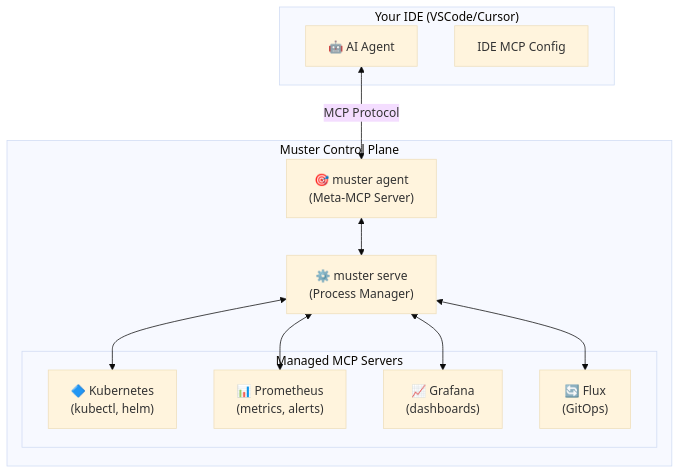
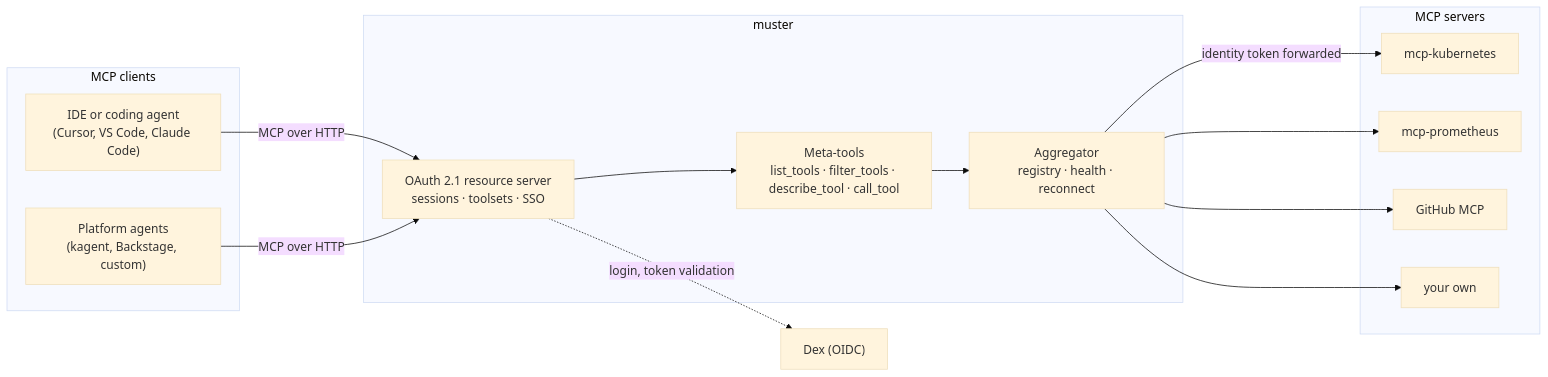
One commit to giantswarm/muster changed the diagram in README.md. Above: the diagram before and after it, drawn with Mermaid (base theme). The commit also changed other lines of this file and 129 other files, not shown here.

````diff
--- a/README.md
+++ b/README.md
@@ -38,26 +59,31 @@
 ```mermaid
-graph TD
-    subgraph "Your IDE (VSCode/Cursor)"
-        Agent["🤖 AI Agent"]
-        IDE["IDE MCP Config"]
+flowchart LR
+    subgraph clients [MCP clients]
+        IDE["IDE or coding agent<br/>(Cursor, VS Code, Claude Code)"]
+        Agent["Platform agents<br/>(kagent, Backstage, custom)"]
     end
 
-    subgraph "Muster Control Plane"
-        MusterAgent["🎯 muster agent<br/>(Meta-MCP Server)"]
-        MusterServe["⚙️ muster serve<br/>(Process Manager)"]
-
-        subgraph "Managed MCP Servers"
-            K8s["🔷 Kubernetes<br/>(kubectl, helm)"]
-            Prom["📊 Prometheus<br/>(metrics, alerts)"]
-            Grafana["📈 Grafana<br/>(dashboards)"]
-            Flux["🔄 Flux<br/>(GitOps)"]
-        end
+    subgraph muster [muster]
+        Meta["Meta-tools<br/>list_tools · filter_tools · describe_tool · call_tool"]
+        Auth["OAuth 2.1 resource server<br/>sessions · toolsets · SSO"]
+        Agg["Aggregator<br/>registry · health · reconnect"]
     end
 
-    Agent <-->|"MCP Protocol"| MusterAgent
-    MusterAgent <--> MusterServe
-    MusterServe <--> K8s
-    MusterServe <--> Prom
-    MusterServe <--> Grafana
-    MusterServe <--> Flux
+    subgraph servers [MCP servers]
+        K8s["mcp-kubernetes"]
+        Prom["mcp-prometheus"]
+        GH["GitHub MCP"]
+        Own["your own"]
+    end
+
+    Dex["Dex (OIDC)"]
+
+    IDE -- "MCP over HTTP" --> Auth
+    Agent -- "MCP over HTTP" --> Auth
+    Auth --> Meta --> Agg
+    Auth -. "login, token validation" .-> Dex
+    Agg -- "identity token forwarded" --> K8s
+    Agg --> Prom
+    Agg --> GH
+    Agg --> Own
 ```
````
